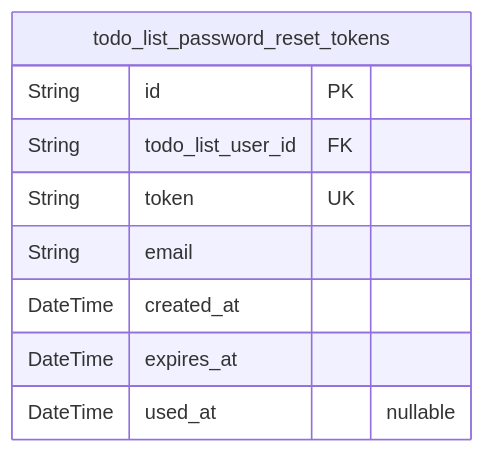
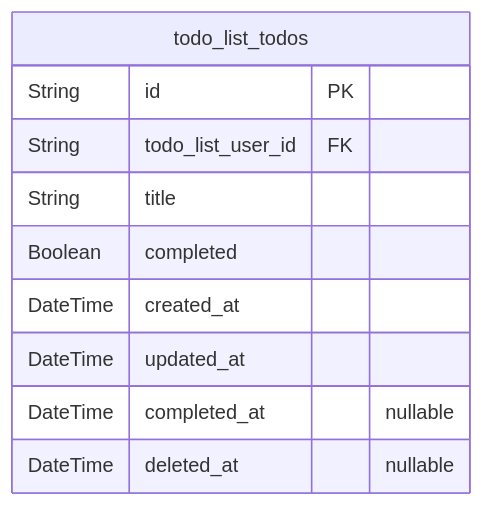
One commit to wrtnlabs/autobe-examples changed the second of 2 diagrams in anthropic/claude-sonnet-4.5/todo/docs/ERD.md. Above: the diagram before and after it, drawn with Mermaid. The commit also changed other lines of this file and 8017 other files, not shown here.

````diff
--- a/anthropic/claude-sonnet-4.5/todo/docs/ERD.md
+++ b/anthropic/claude-sonnet-4.5/todo/docs/ERD.md
@@ -133,12 +222,13 @@
 ```mermaid
 erDiagram
-"todo_list_password_reset_tokens" {
+"todo_list_todos" {
   String id PK
   String todo_list_user_id FK
-  String token UK
-  String email
+  String title
+  Boolean completed
   DateTime created_at
-  DateTime expires_at
-  DateTime used_at "nullable"
+  DateTime updated_at
+  DateTime completed_at "nullable"
+  DateTime deleted_at "nullable"
 }
 ```
````
